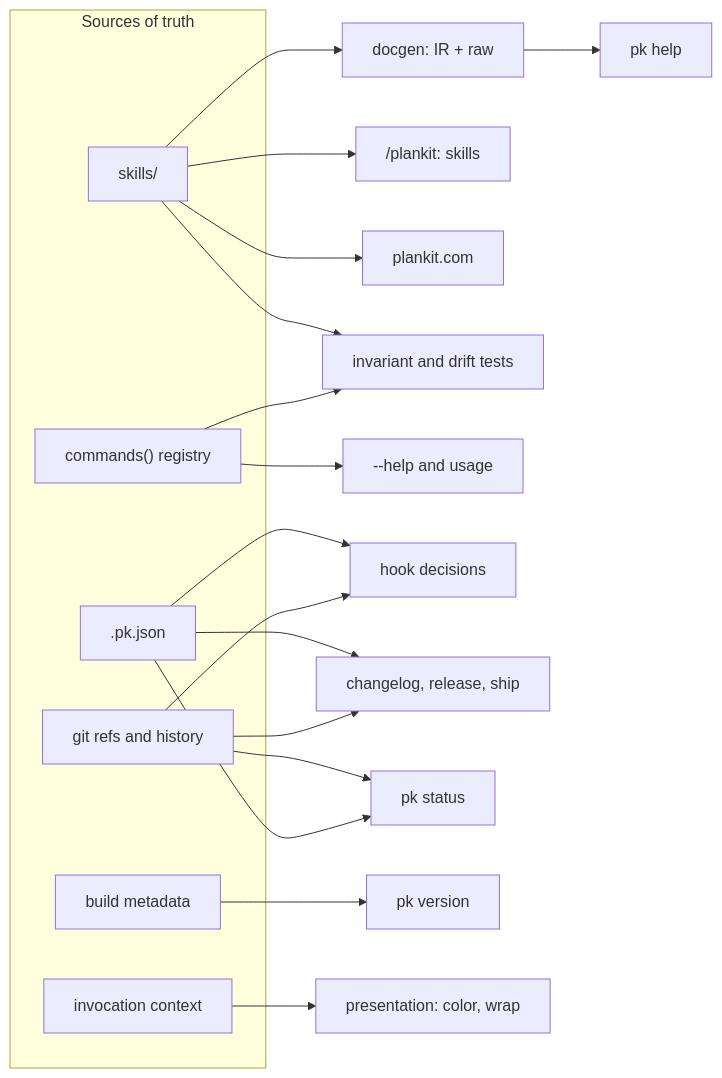
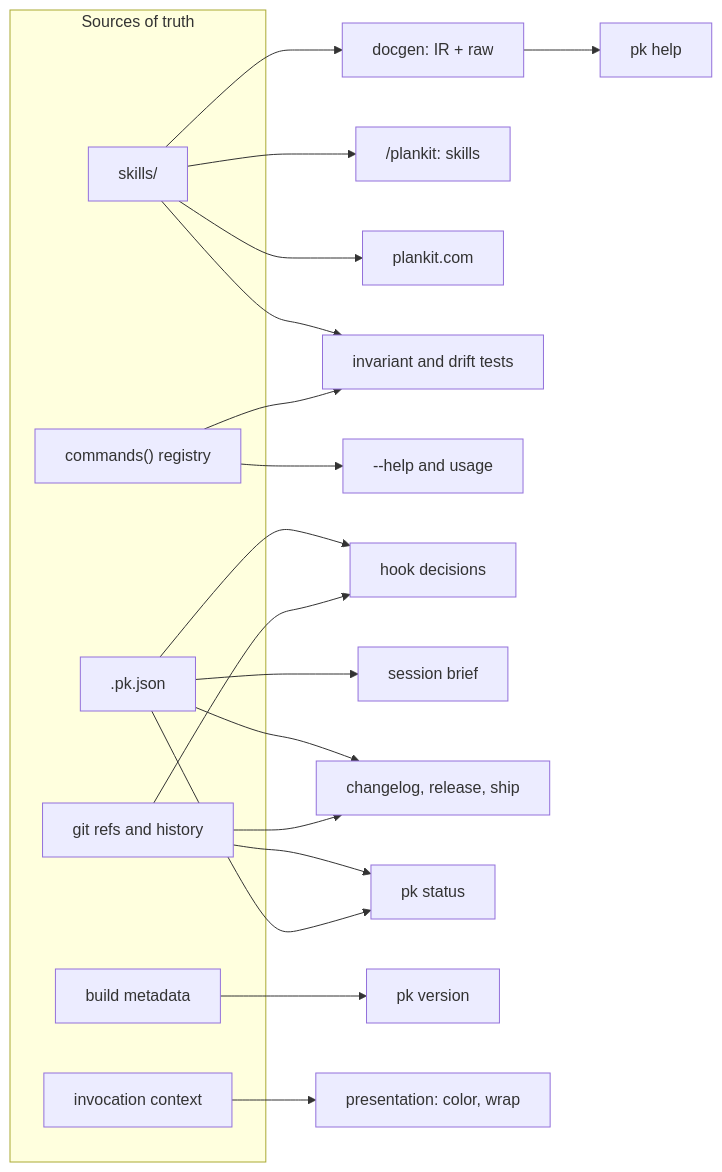
Before and after one commit to markwharton/plankit: the diagram in docs/design.md, drawn with Mermaid. The commit also changed other lines of this file and 32 other files, not shown here.

````diff
--- a/docs/design.md
+++ b/docs/design.md
@@ -100,25 +108,26 @@
 ```mermaid
 flowchart LR
   subgraph sources["Sources of truth"]
     G["git refs and history"]
     C[".pk.json"]
     S["skills/"]
     R["commands() registry"]
     B["build metadata"]
     I["invocation context"]
   end
   S --> D["docgen: IR + raw"] --> H["pk help"]
   S --> P["/plankit: skills"]
   S --> W["plankit.com"]
   S --> T["invariant and drift tests"]
   R --> U["--help and usage"]
   R --> T
   C --> K["hook decisions"]
+  C --> BR["session brief"]
   C --> L["changelog, release, ship"]
   G --> K
   G --> L
   G --> ST["pk status"]
   C --> ST
   B --> V["pk version"]
   I --> PR["presentation: color, wrap"]
 ```
````
